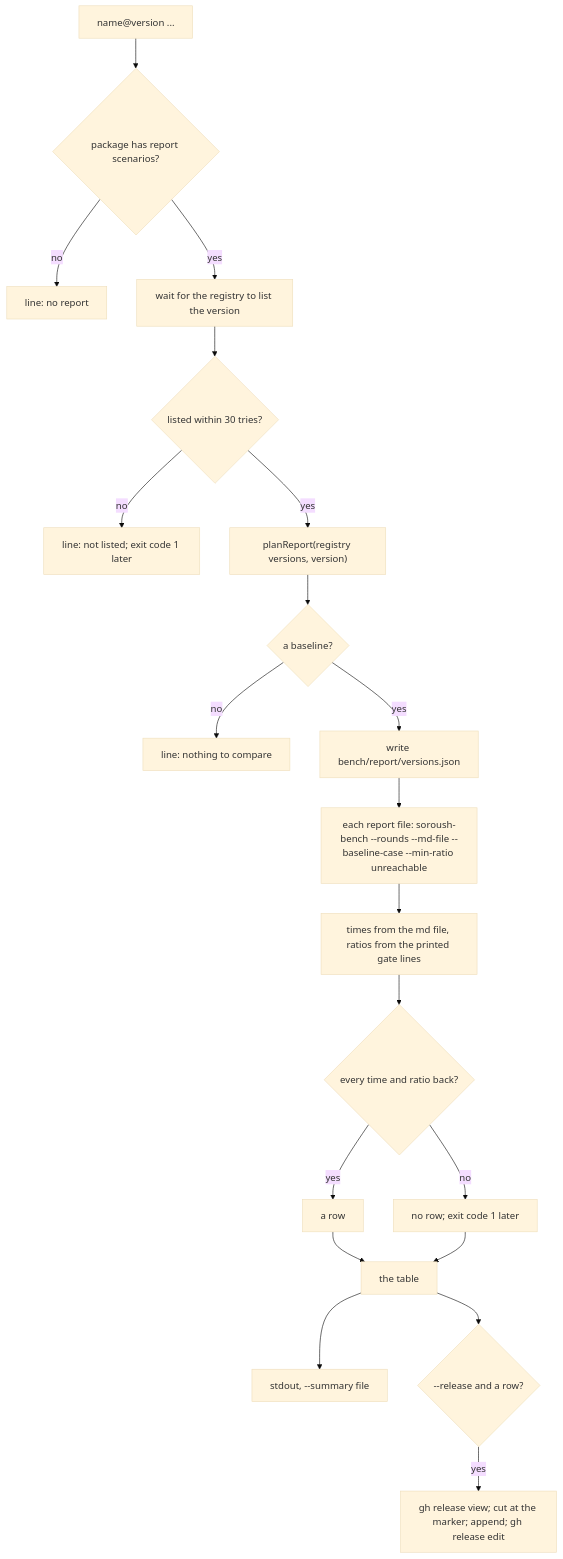
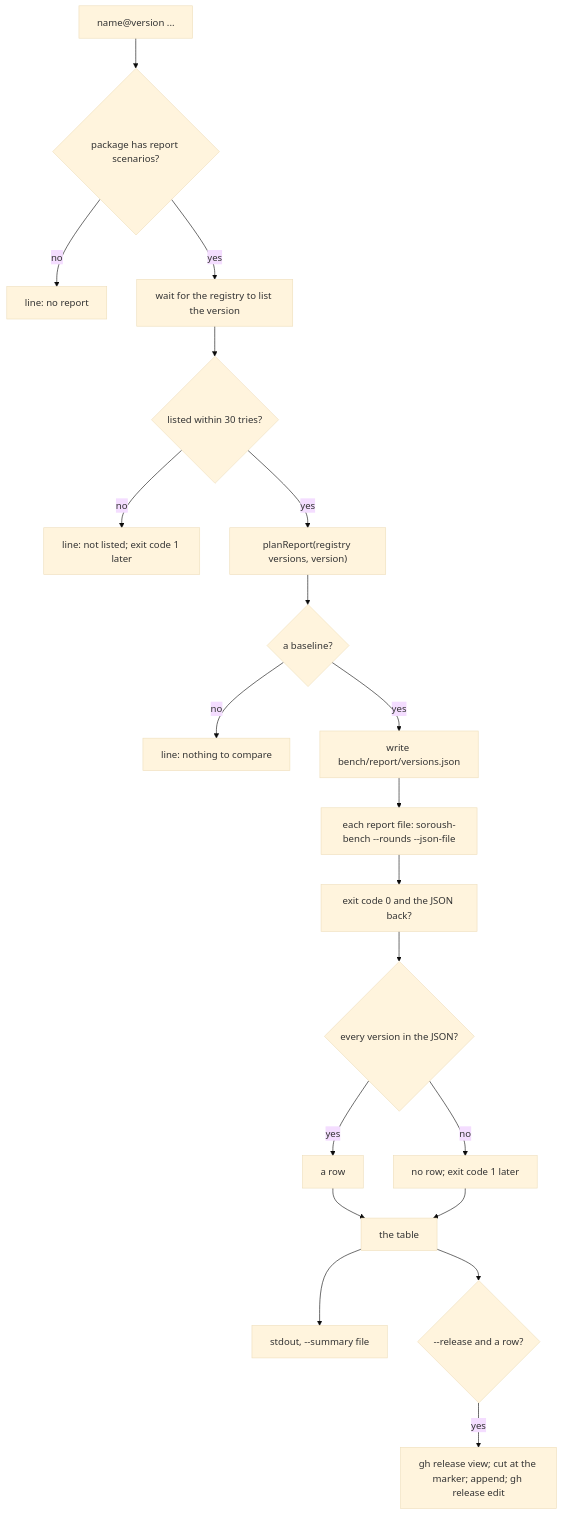
Before and after one commit to soroush-tech/umber-style: the diagram in scripts/bench-report.md, drawn with Mermaid (base theme). The commit also changed other lines of this file and 124 other files, not shown here.

Commit message:
feat: a theme is recognised by its contents, server components take a nonce for each request, class names are read and written whole, three development checks, and the benchmark tools at soroush-bench 2.3.0 and bench-action 1.2.0 - close #61, close #62, close #63, close #64, close #65

````diff
--- a/scripts/bench-report.md
+++ b/scripts/bench-report.md
@@ -34,22 +35,22 @@
 ```mermaid
 flowchart TD
   specs["name@version ..."] --> has{"package has report scenarios?"}
   has -->|no| noScen["line: no report"]
   has -->|yes| wait["wait for the registry to list the version"]
   wait --> listed{"listed within 30 tries?"}
   listed -->|no| late["line: not listed; exit code 1 later"]
   listed -->|yes| plan["planReport(registry versions, version)"]
   plan --> base{"a baseline?"}
   base -->|no| first["line: nothing to compare"]
   base -->|yes| write["write bench/report/versions.json"]
-  write --> run["each report file: soroush-bench --rounds --md-file --baseline-case --min-ratio unreachable"]
-  run --> read["times from the md file, ratios from the printed gate lines"]
-  read --> whole{"every time and ratio back?"}
+  write --> run["each report file: soroush-bench --rounds --json-file"]
+  run --> read["exit code 0 and the JSON back?"]
+  read --> whole{"every version in the JSON?"}
   whole -->|no| missing["no row; exit code 1 later"]
   whole -->|yes| row["a row"]
   row --> table["the table"]
   missing --> table
   table --> out["stdout, --summary file"]
   table --> rel{"--release and a row?"}
   rel -->|yes| gh["gh release view; cut at the marker; append; gh release edit"]
 ```
````
